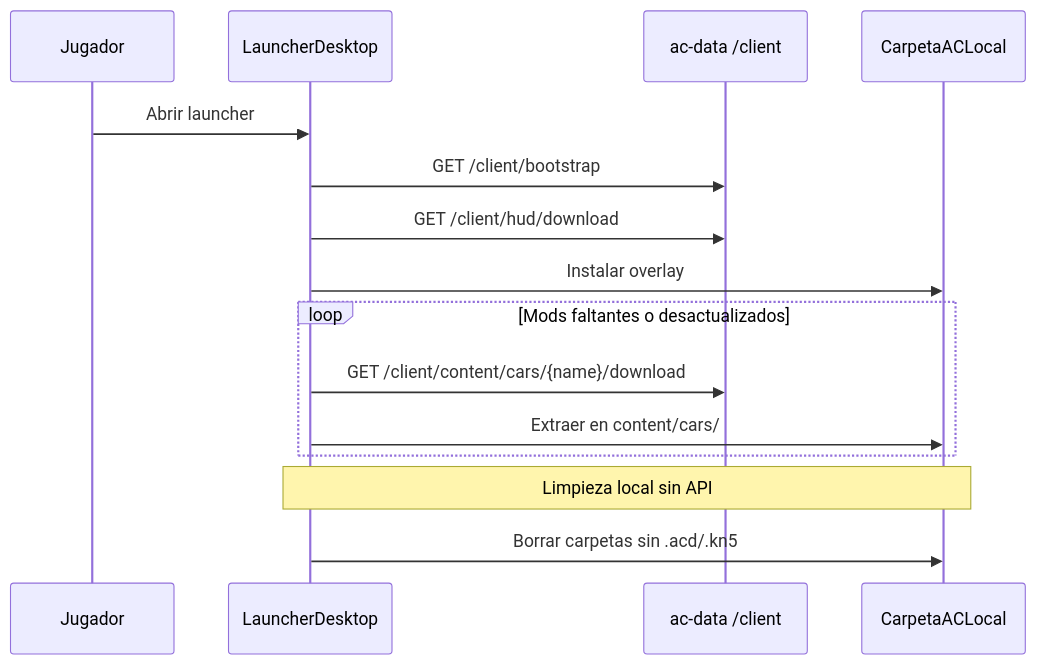
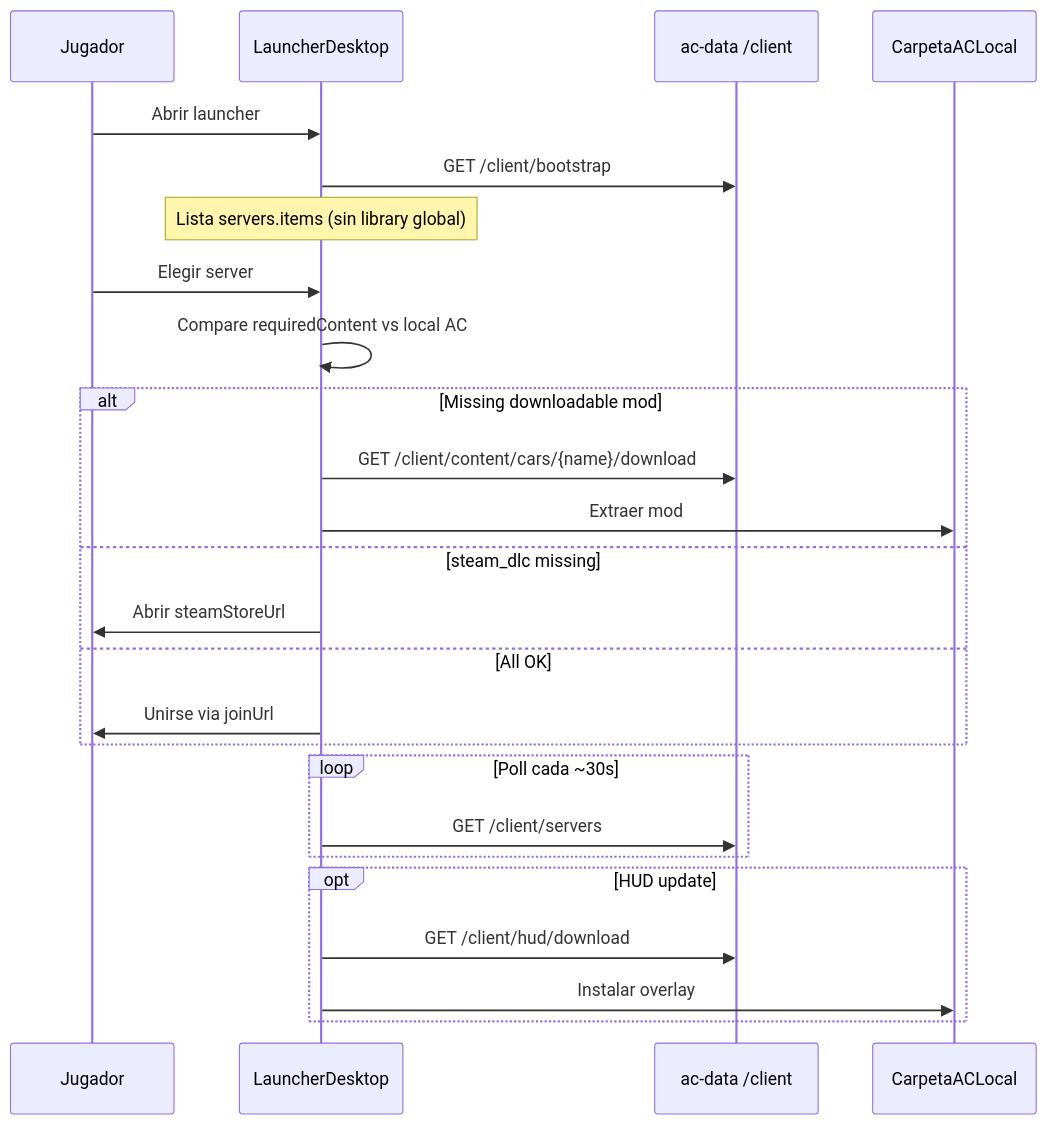
The diagram in docs/CLIENT_SYNC_API.md (Porx312/docker-infrasture-assetto-corsa), drawn with Mermaid before and after one commit. The commit also changed other lines of this file and 79 other files, not shown here.

````diff
--- a/docs/CLIENT_SYNC_API.md
+++ b/docs/CLIENT_SYNC_API.md
@@ -60,20 +146,32 @@
 ```mermaid
 sequenceDiagram
   participant User as Jugador
   participant Launcher as LauncherDesktop
   participant API as ac-data /client
   participant Local as CarpetaACLocal
 
   User->>Launcher: Abrir launcher
   Launcher->>API: GET /client/bootstrap
-  Launcher->>API: GET /client/hud/download
-  Launcher->>Local: Instalar overlay
+  Note over Launcher: Lista servers.items (sin library global)
 
-  loop Mods faltantes o desactualizados
+  User->>Launcher: Elegir server
+  Launcher->>Launcher: Compare requiredContent vs local AC
+
+  alt Missing downloadable mod
     Launcher->>API: GET /client/content/cars/{name}/download
-    Launcher->>Local: Extraer en content/cars/
+    Launcher->>Local: Extraer mod
+  else steam_dlc missing
+    Launcher->>User: Abrir steamStoreUrl
+  else All OK
+    Launcher->>User: Unirse via joinUrl
   end
 
-  Note over Launcher,Local: Limpieza local sin API
-  Launcher->>Local: Borrar carpetas sin .acd/.kn5
+  loop Poll cada ~30s
+    Launcher->>API: GET /client/servers
+  end
+
+  opt HUD update
+    Launcher->>API: GET /client/hud/download
+    Launcher->>Local: Instalar overlay
+  end
 ```
````
